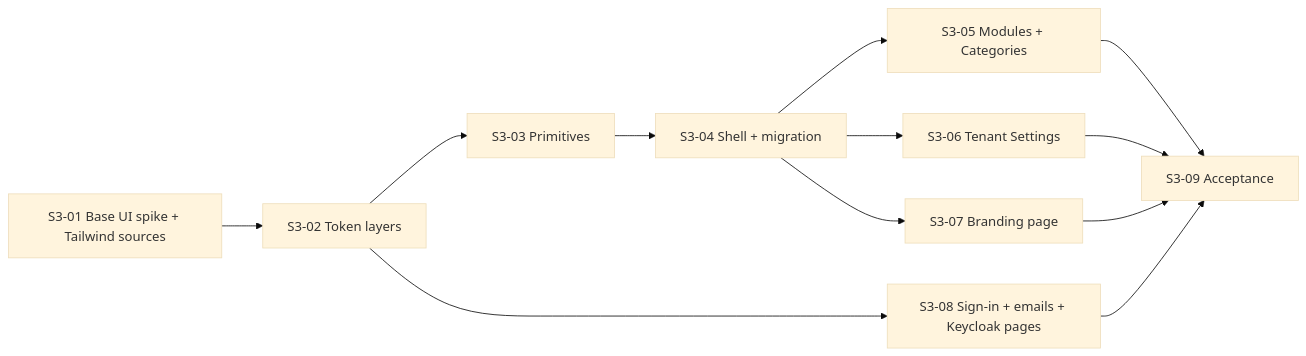
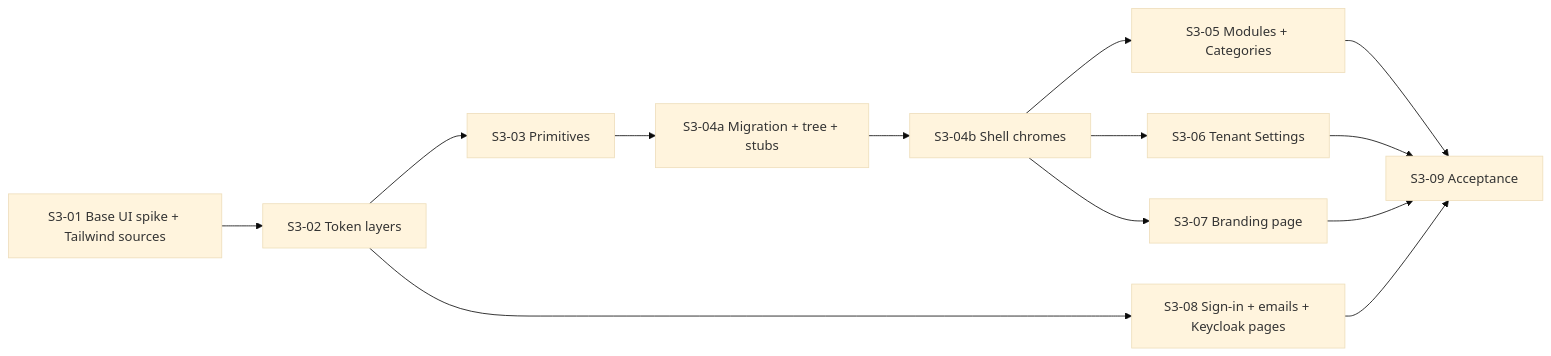
Before and after one commit to kenan-xin/genie-ops-center-v2: the diagram in docs/tickets/spec-3/README.md, drawn with Mermaid (base theme). The commit also changed other lines of this file and 14 other files, not shown here.

````diff
--- a/docs/tickets/spec-3/README.md
+++ b/docs/tickets/spec-3/README.md
@@ -31,14 +35,15 @@
 ```mermaid
 graph LR
   S1[S3-01 Base UI spike + Tailwind sources] --> S2[S3-02 Token layers]
   S2 --> S3[S3-03 Primitives]
   S2 --> S8[S3-08 Sign-in + emails + Keycloak pages]
-  S3 --> S4[S3-04 Shell + migration]
+  S3 --> S4a[S3-04a Migration + tree + stubs]
+  S4a --> S4[S3-04b Shell chromes]
   S4 --> S5[S3-05 Modules + Categories]
   S4 --> S6[S3-06 Tenant Settings]
   S4 --> S7[S3-07 Branding page]
   S5 --> S9[S3-09 Acceptance]
   S6 --> S9
   S7 --> S9
   S8 --> S9
 ```
````
